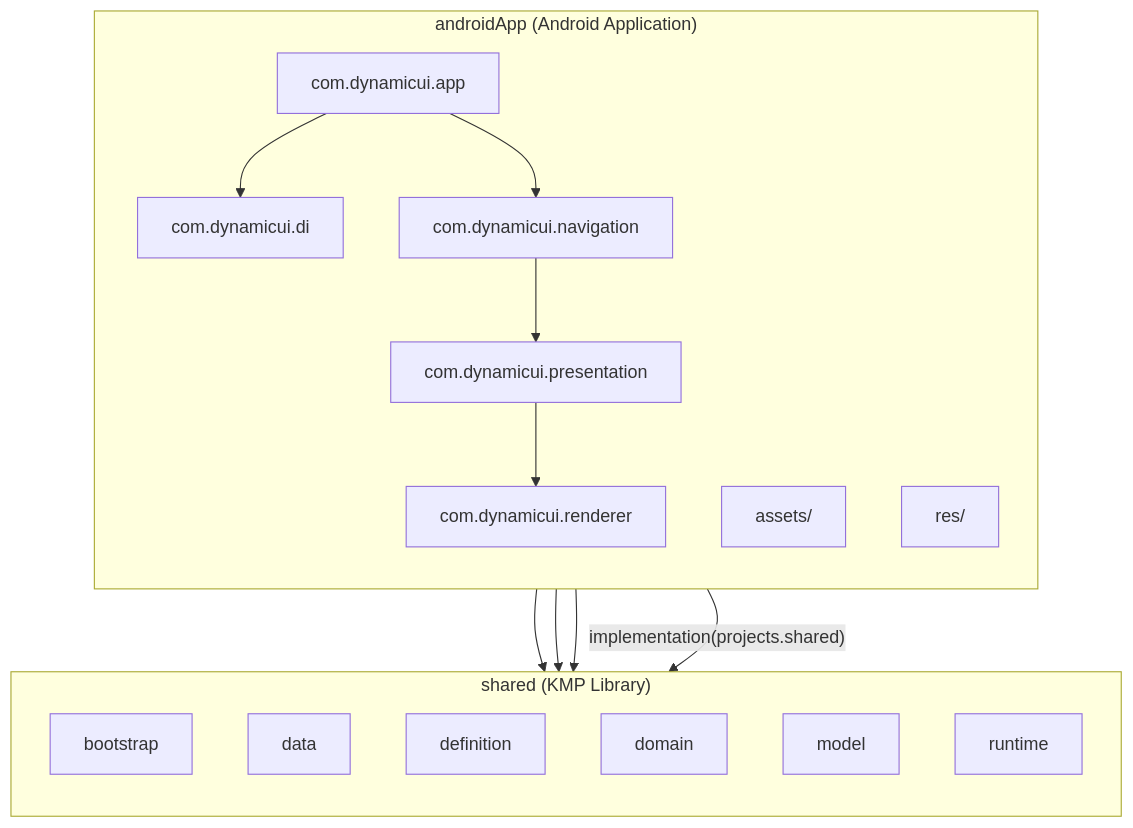
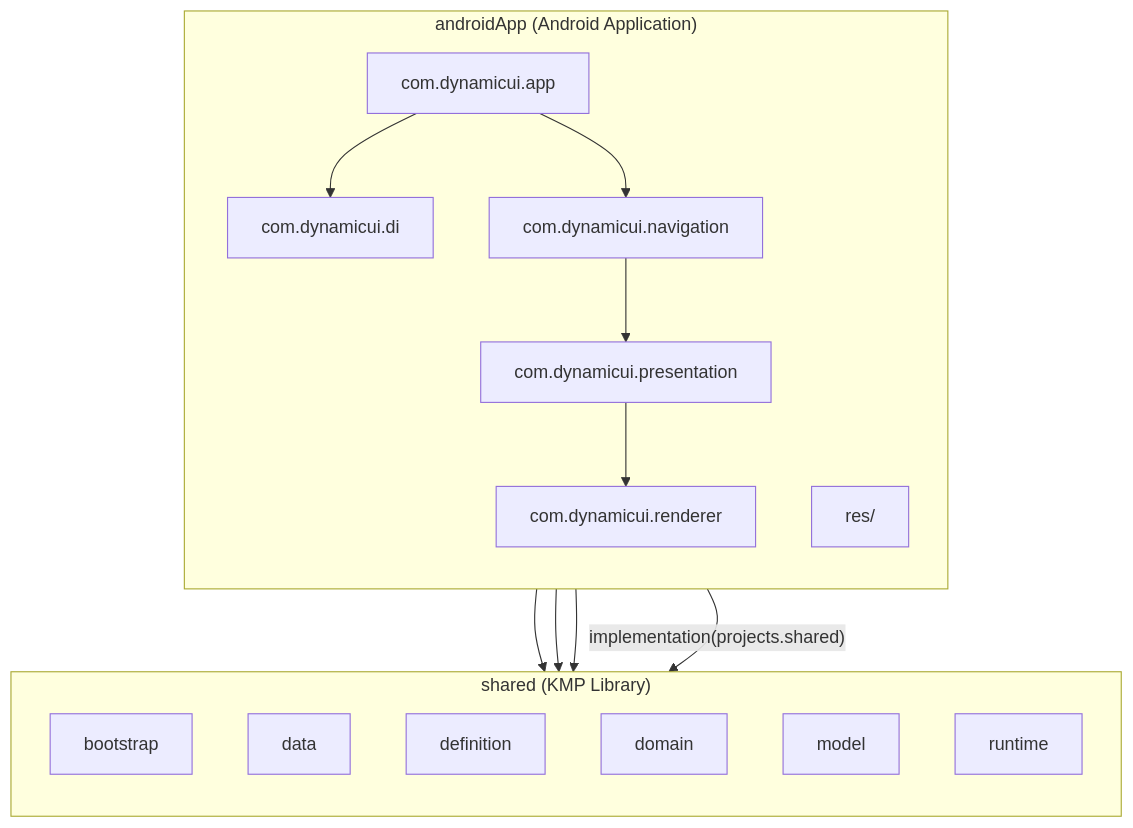
Before and after one commit to AnantSingh08/DynamicUiRenderer: the first of 5 diagrams in docs/module-structure.md, drawn with Mermaid. The commit also changed other lines of this file and 9 other files, not shown here.

````diff
--- a/docs/module-structure.md
+++ b/docs/module-structure.md
@@ -7,33 +7,32 @@
 ```mermaid
 flowchart TB
     subgraph androidApp["androidApp (Android Application)"]
         direction TB
         APP["com.dynamicui.app"]
         DI["com.dynamicui.di"]
         NAV["com.dynamicui.navigation"]
         PRES["com.dynamicui.presentation"]
         REN["com.dynamicui.renderer"]
-        ASSETS["assets/"]
         RES["res/"]
     end
 
     subgraph shared["shared (KMP Library)"]
         direction TB
         BOOT["bootstrap"]
         DATA["data"]
         DEF["definition"]
         DOM["domain"]
         MOD["model"]
         RT["runtime"]
     end
 
     androidApp -->|"implementation(projects.shared)"| shared
 
     APP --> DI
     APP --> NAV
     NAV --> PRES
     PRES --> REN
     REN --> MOD
     PRES --> DOM
     DI --> BOOT
 ```
````
